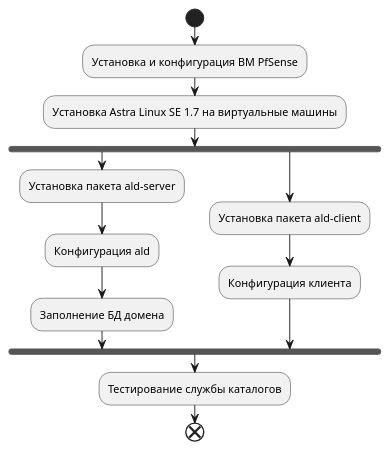
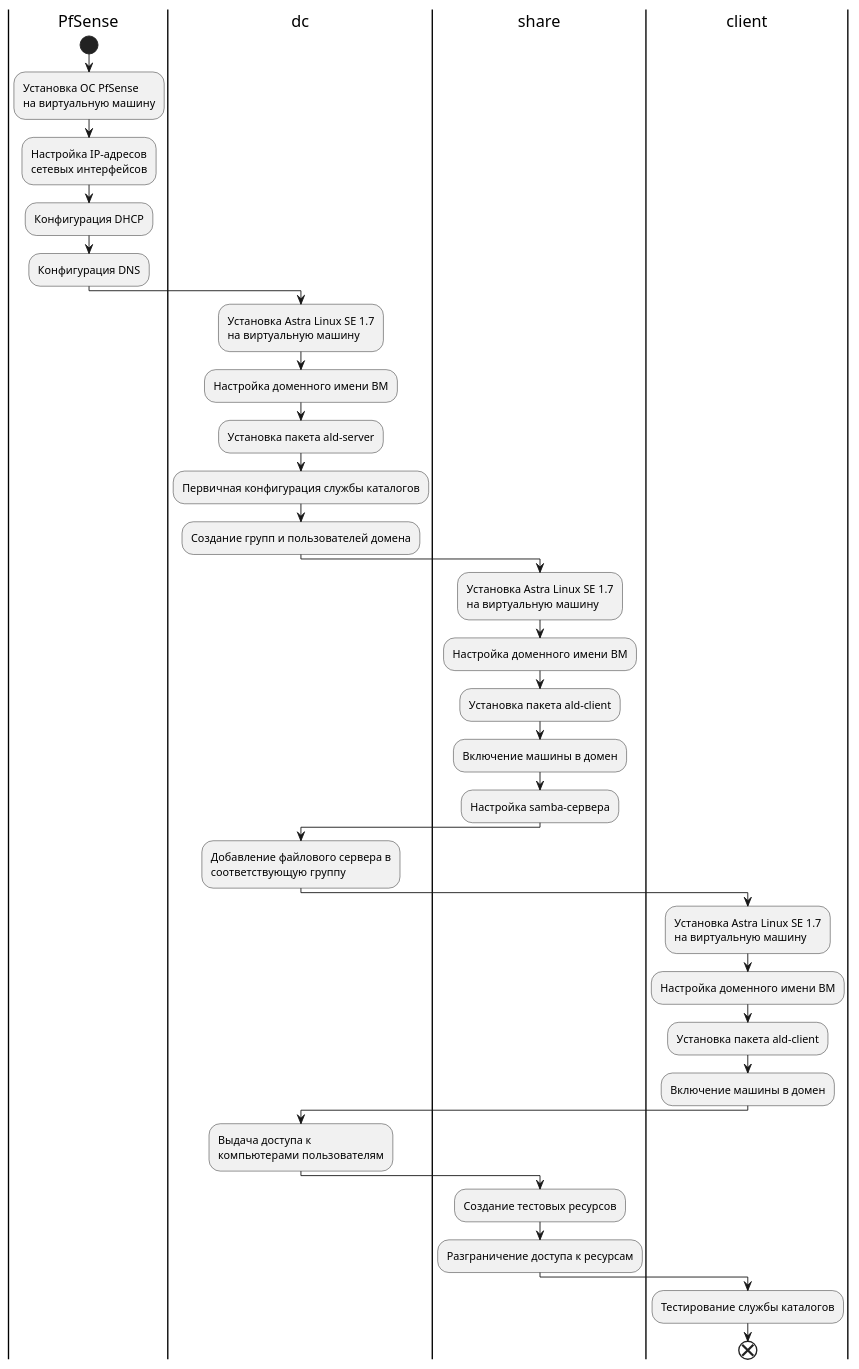
One commit to baksist/thesis-plantuml-diagrams changed the diagram in model.puml. Above: the diagram before and after it, drawn with PlantUML. The commit also changed 2 other files, not shown here.

```diff
--- a/model.puml
+++ b/model.puml
@@ -1,16 +1,38 @@
 @startuml model
 
+
+|PfSense|
 start
-:Установка и конфигурация ВМ PfSense;
-:Установка Astra Linux SE 1.7 на виртуальные машины;
-fork
+:Установка ОС PfSense\nна виртуальную машину;
+:Настройка IP-адресов\nсетевых интерфейсов;
+:Конфигурация DHCP;
+:Конфигурация DNS;
+
+|dc|
+:Установка Astra Linux SE 1.7\nна виртуальную машину;
+:Настройка доменного имени ВМ;
 :Установка пакета ald-server;
-:Конфигурация ald;
-:Заполнение БД домена;
-fork again
+:Первичная конфигурация службы каталогов;
+:Создание групп и пользователей домена;
+|share|
+:Установка Astra Linux SE 1.7\nна виртуальную машину;
+:Настройка доменного имени ВМ;
 :Установка пакета ald-client;
-:Конфигурация клиента;
-end fork
+:Включение машины в домен;
+:Настройка samba-сервера;
+|dc|
+:Добавление файлового сервера в\nсоответствующую группу;
+|client|
+:Установка Astra Linux SE 1.7\nна виртуальную машину;
+:Настройка доменного имени ВМ;
+:Установка пакета ald-client;
+:Включение машины в домен;
+|dc|
+:Выдача доступа к\nкомпьютерами пользователям;
+|share|
+:Создание тестовых ресурсов;
+:Разграничение доступа к ресурсам;
+|client|
 :Тестирование службы каталогов;
 end 
 @enduml
```
